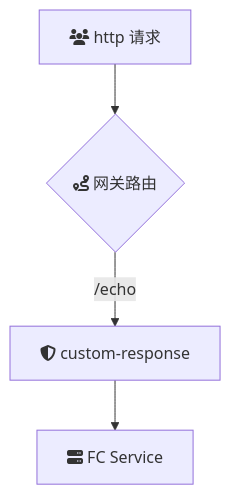
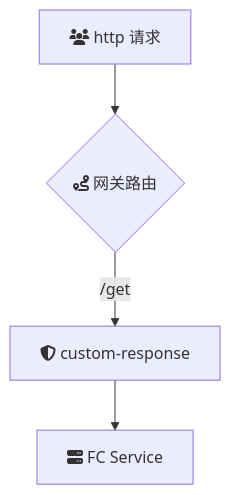
One commit to msa-group/start-apig changed the diagram in custom-response-plugin/README.md. Above: the diagram before and after it, drawn with Mermaid. The commit also changed other lines of this file and 1 other file, not shown here.

Commit message:
feat: add custom-response-plugin

````diff
--- a/custom-response-plugin/README.md
+++ b/custom-response-plugin/README.md
@@ -31,6 +34,6 @@
 ```mermaid
 flowchart TB
 A[fa:fa-users http 请求] --> B{fa:fa-route 网关路由}
-	B -->|/echo| P1[fa:fa-shield-alt custom-response]
+	B -->|/get| P1[fa:fa-shield-alt custom-response]
 	P1 --> Backend[fa:fa-server FC Service]
 ```
````
